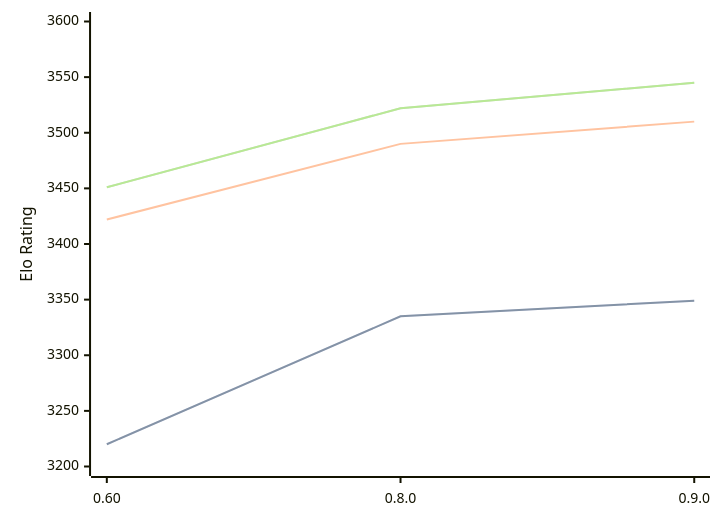
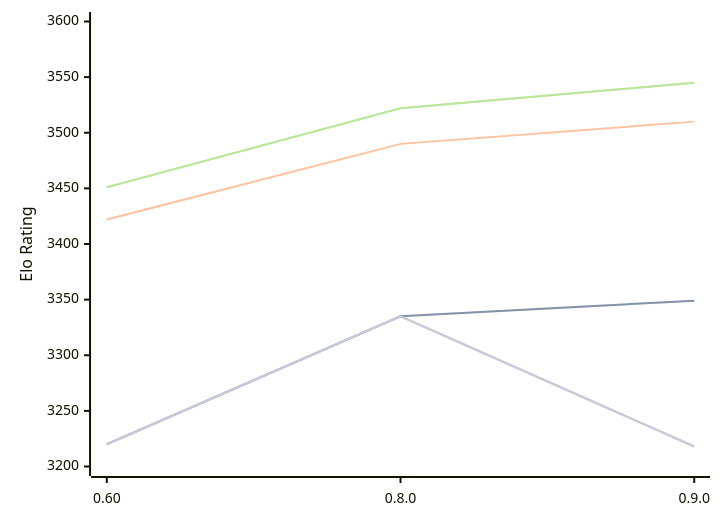
One commit to computer-chess-index/cci changed the diagram in engines/Motor.md. Above: the diagram before and after it, drawn with Mermaid. The commit also changed other lines of this file, not shown here.

Commit message:
Update CCI Ratings (ELO VLTC) - 2026-10-11

````diff
--- a/engines/Motor.md
+++ b/engines/Motor.md
@@ -49,16 +49,13 @@
 ```mermaid
 %%{init: {"theme":"base","themeVariables":{"seriesColors:['#a3a3a3','#222221','#faa371']}}}%%
 xychart-beta
   x-axis ["0.60", "0.8.0", "0.9.0"]
   y-axis "Elo Rating" 3200 --> 3600
   line "" [3220, 3335, 3349]
   line "T1: STC (8.0+0.08s)" [3220, 3335, 3349]
   line "T1: LTC (60.0+0.60s)" [3422, 3490, 3510]
   line "" [3451, 3522, 3545]
   line "T1: VLTC (2m24s+1.12s)" [3451, 3522, 3545]
-  line "" [3205]
-  line "E1: STC (8.0+0.08s)" [3205]
-  line "E1: LTC (60.0+0.60s)" [3483]
-  line "" [3538]
-  line "E1: VLTC (2m24s+1.12s)" [3538]
+  line "" [3220, 3335,3218]
+  line "E1: STC (8.0+0.08s)" [3220, 3335,3218]
 ```
````
